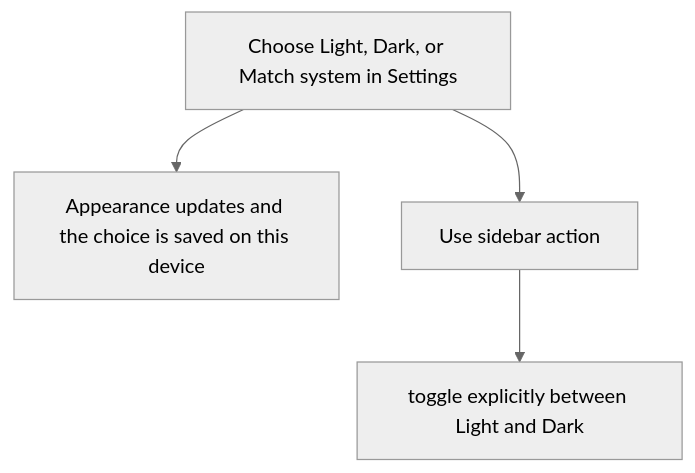
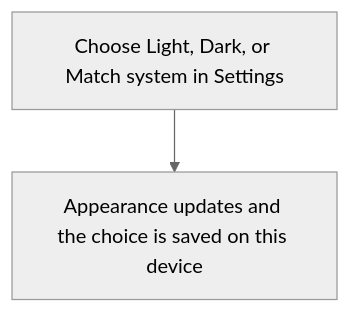
Before and after one commit to Kevinjohn/capacitylens: the first of 2 diagrams in user-stories/navigation/US-NAV-06-dark-mode.md, drawn with Mermaid (neutral theme). The commit also changed other lines of this file and 35 other files, not shown here.

````diff
--- a/user-stories/navigation/US-NAV-06-dark-mode.md
+++ b/user-stories/navigation/US-NAV-06-dark-mode.md
@@ -22,10 +22,6 @@
 ```mermaid
 flowchart TD
   human1["Choose Light, Dark, or Match system in Settings"]
   human2["Appearance updates and the choice is saved on this device"]
-  human3["Use sidebar action"]
-  human4["toggle explicitly between Light and Dark"]
   human1 --> human2
-  human1 --> human3
-  human3 --> human4
 ```
````
